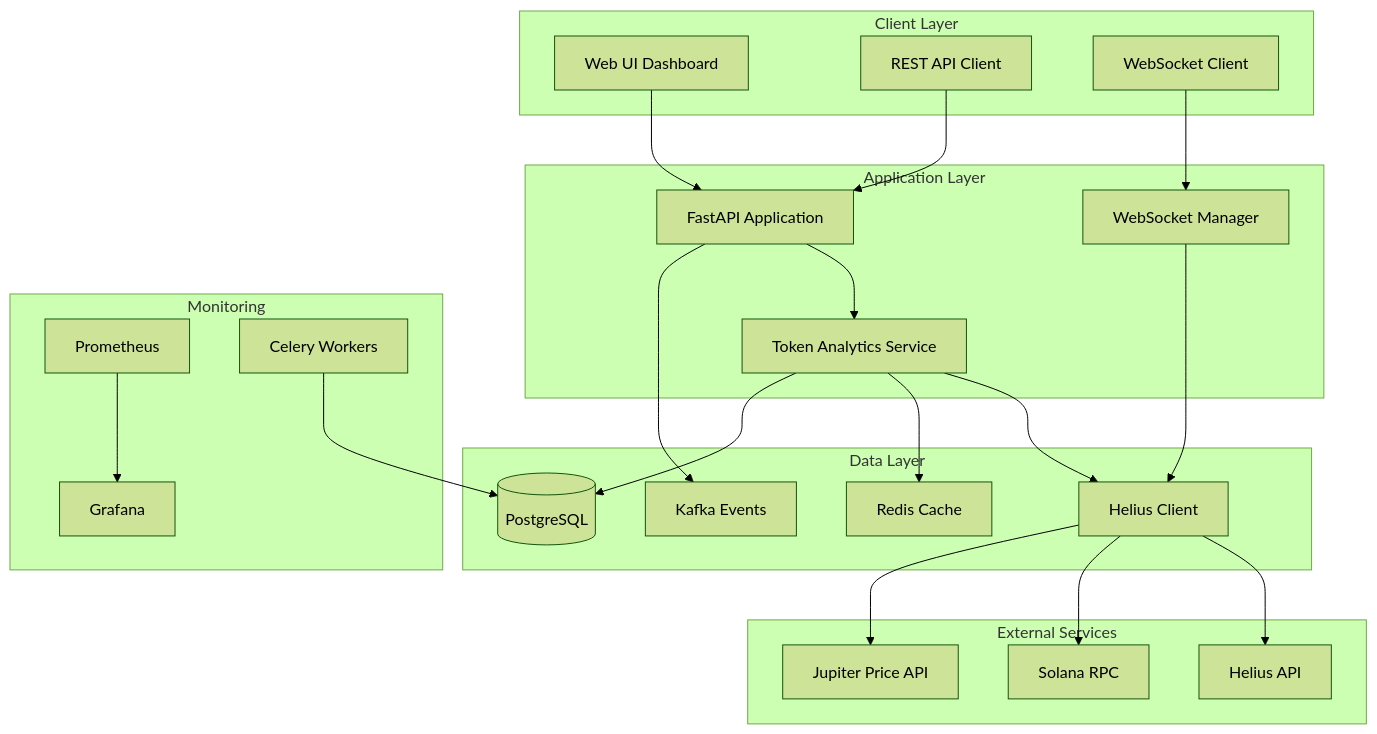
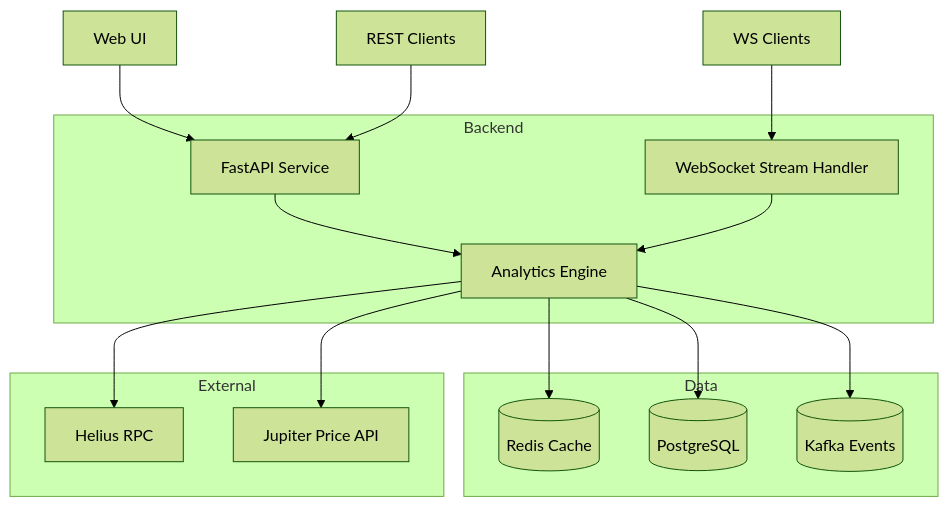
One commit to vishnufr/sol-analytics changed the diagram in README.md. Above: the diagram before and after it, drawn with Mermaid (forest theme). The commit also changed other lines of this file, not shown here.

````diff
--- a/README.md
+++ b/README.md
@@ -104,51 +90,32 @@
 ```mermaid
 graph TB
-    subgraph "Client Layer"
-        UI[Web UI Dashboard]
-        API[REST API Client]
-        WS[WebSocket Client]
+    UI[Web UI] --> API
+    Client[REST Clients] --> API
+    WSClient[WS Clients] --> WS
+
+    subgraph Backend
+        API[FastAPI Service]
+        WS[WebSocket Stream Handler]
+        Analytics[Analytics Engine]
     end
-    
-    subgraph "Application Layer"
-        FASTAPI[FastAPI Application]
-        WSM[WebSocket Manager]
-        TAS[Token Analytics Service]
+
+    subgraph Data
+        Redis[(Redis Cache)]
+        PG[(PostgreSQL)]
+        Kafka[(Kafka Events)]
     end
-    
-    subgraph "Data Layer"
-        HC[Helius Client]
-        CACHE[Redis Cache]
-        DB[(PostgreSQL)]
-        KAFKA[Kafka Events]
+
+    API --> Analytics
+    WS --> Analytics
+    Analytics --> Redis
+    Analytics --> PG
+    Analytics --> Kafka
+
+    subgraph External
+        Helius[Helius RPC]
+        Jupiter[Jupiter Price API]
     end
-    
-    subgraph "External Services"
-        HELIUS[Helius API]
-        SOLANA[Solana RPC]
-        JUPITER[Jupiter Price API]
-    end
-    
-    subgraph "Monitoring"
-        PROM[Prometheus]
-        GRAF[Grafana]
-        CELERY[Celery Workers]
-    end
-    
-    UI --> FASTAPI
-    API --> FASTAPI
-    WS --> WSM
-    
-    FASTAPI --> TAS
-    WSM --> HC
-    TAS --> HC
-    TAS --> CACHE
-    TAS --> DB
-    
-    HC --> HELIUS
-    HC --> SOLANA
-    HC --> JUPITER
-    
-    FASTAPI --> KAFKA
-    CELERY --> DB
-    PROM --> GRAF
+
+    Analytics --> Helius
+    Analytics --> Jupiter
 ```
````
